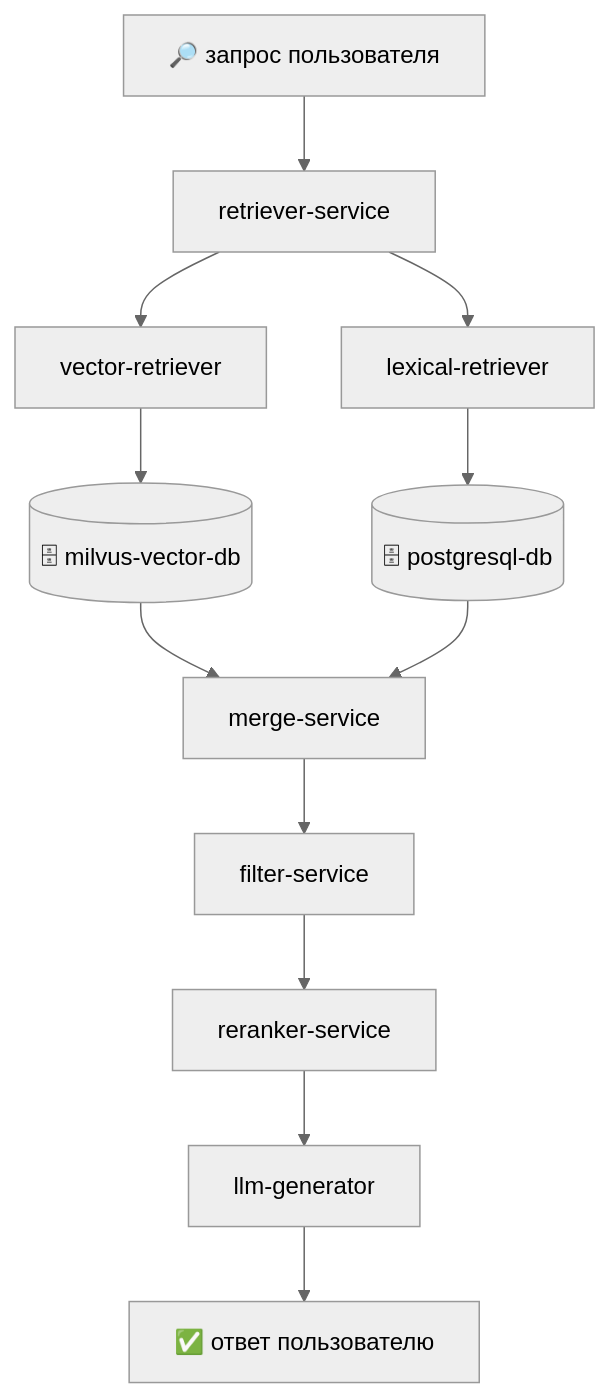
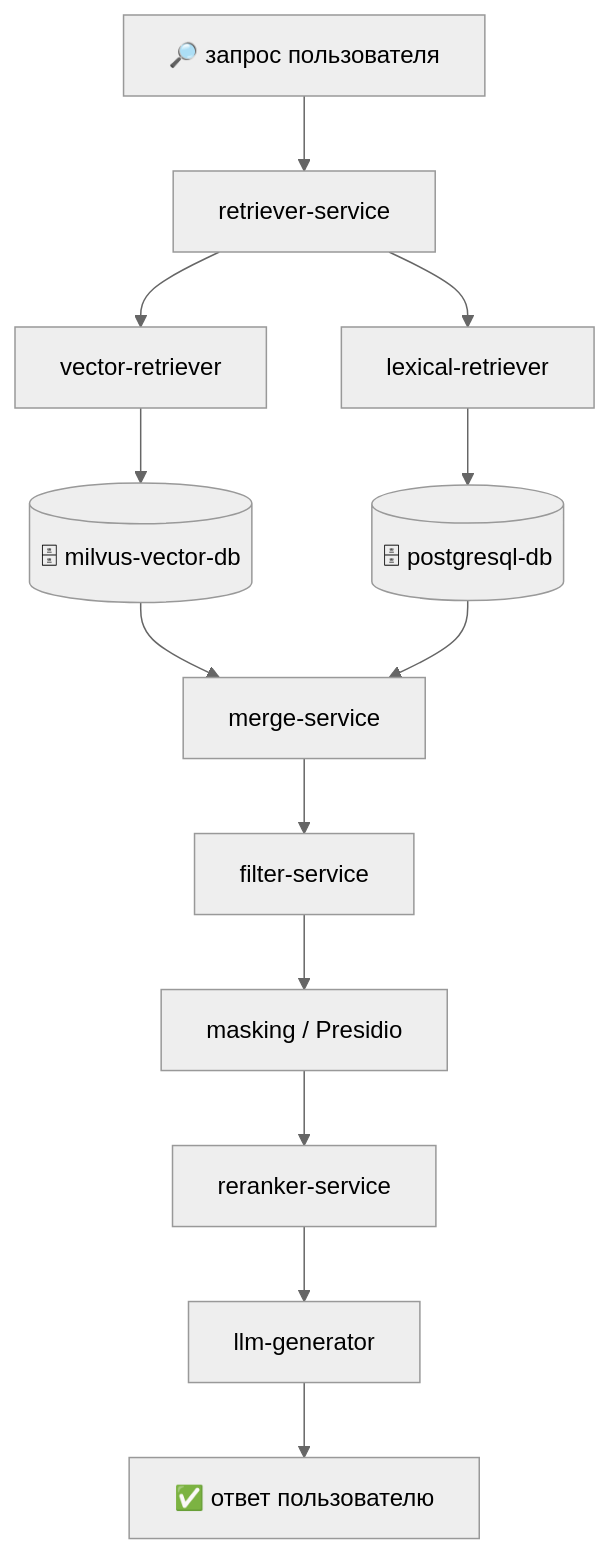
Before and after one commit to Trump68/infra: the second of 3 diagrams in TZ/1_4_subsystem_AI.md, drawn with Mermaid (neutral theme). The commit also changed other lines of this file and 3 other files, not shown here.

````diff
--- a/TZ/1_4_subsystem_AI.md
+++ b/TZ/1_4_subsystem_AI.md
@@ -190,14 +198,15 @@
 ```mermaid
 flowchart TB
   U[🔎 запрос пользователя] --> RS[retriever-service]
   RS --> VI[vector-retriever]
   RS --> LI[lexical-retriever]
   VI --> MV[(🗄 milvus-vector-db)]
   LI --> PG[(🗄 postgresql-db)]
   MV --> MG[merge-service]
   PG --> MG
   MG --> FS[filter-service]
-  FS --> RR[reranker-service]
+  FS --> MS[masking / Presidio]
+  MS --> RR[reranker-service]
   RR --> LG[llm-generator]
   LG --> RESP[✅ ответ пользователю]
 ```
````
